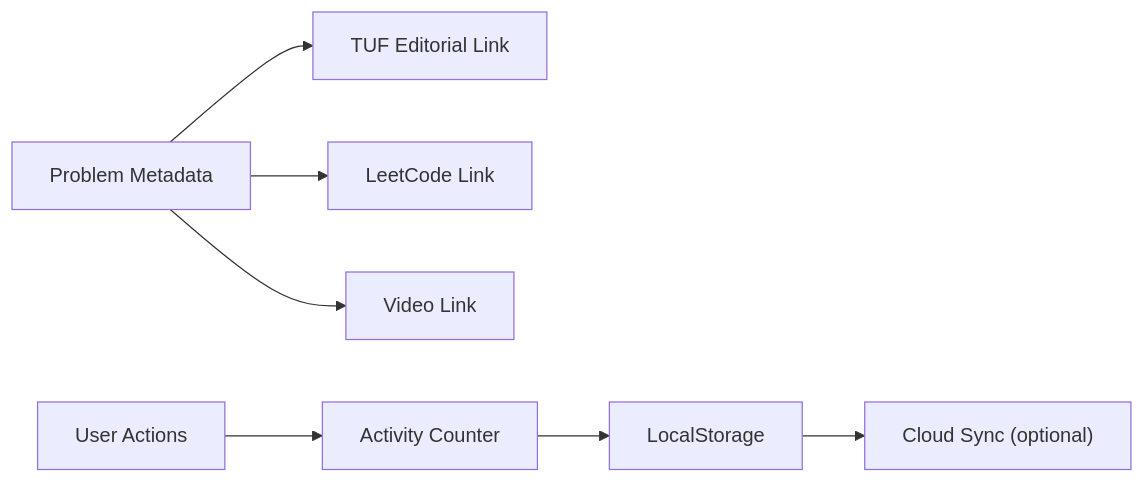
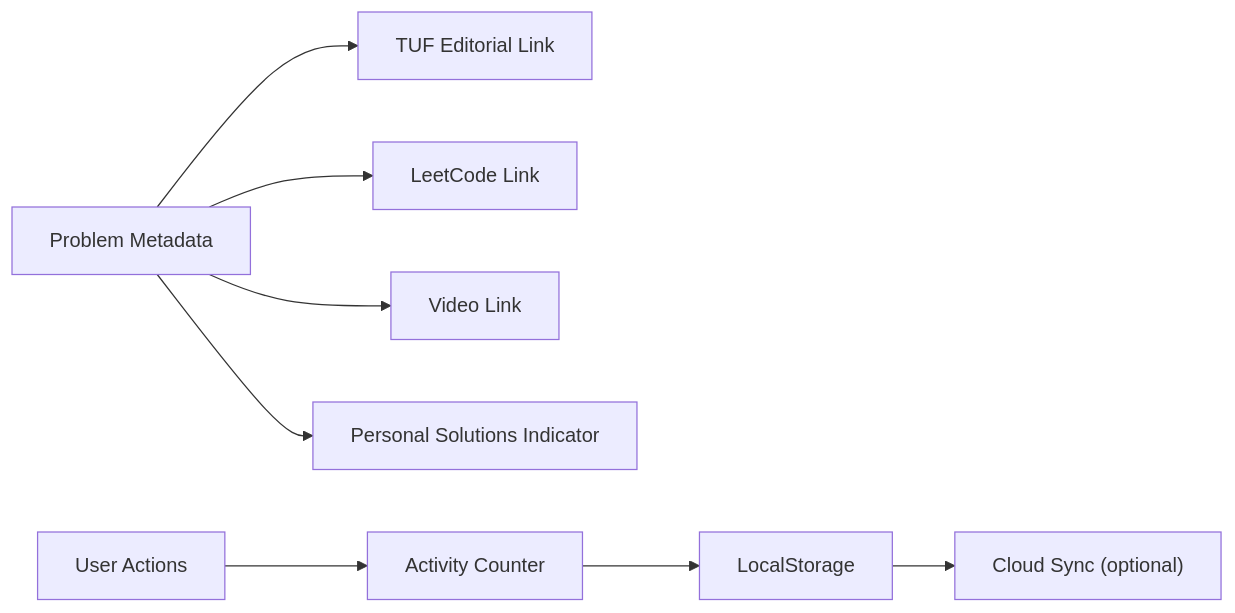
The ninth of 10 diagrams in .qoder/repowiki/en/content/Frontend Application/Problem Detail Component.md (iamrituraj/DSA-Tracker), drawn with Mermaid before and after one commit. The commit also changed other lines of this file and 21 other files, not shown here.

````diff
--- a/.qoder/repowiki/en/content/Frontend Application/Problem Detail Component.md
+++ b/.qoder/repowiki/en/content/Frontend Application/Problem Detail Component.md
@@ -250,9 +283,10 @@
 ```mermaid
 graph LR
 P["Problem Metadata"] --> L1["TUF Editorial Link"]
 P --> L2["LeetCode Link"]
 P --> L3["Video Link"]
+P --> L4["Personal Solutions Indicator"]
 U["User Actions"] --> A["Activity Counter"]
 A --> LS["LocalStorage"]
 LS --> Cloud["Cloud Sync (optional)"]
 ```
````
